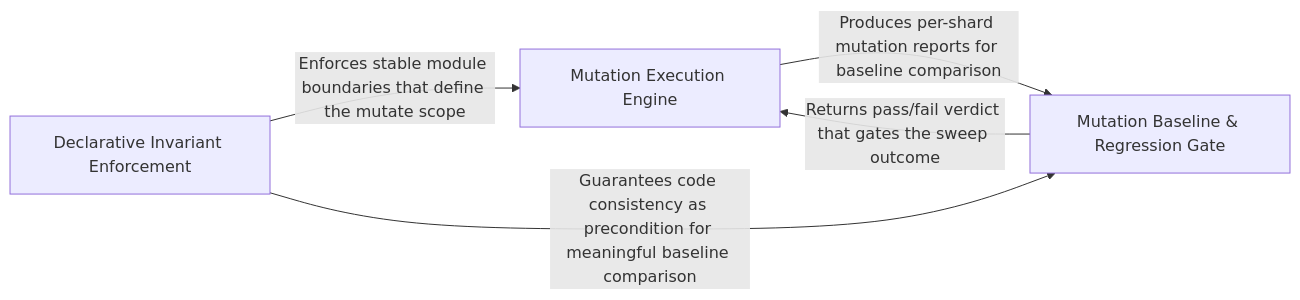
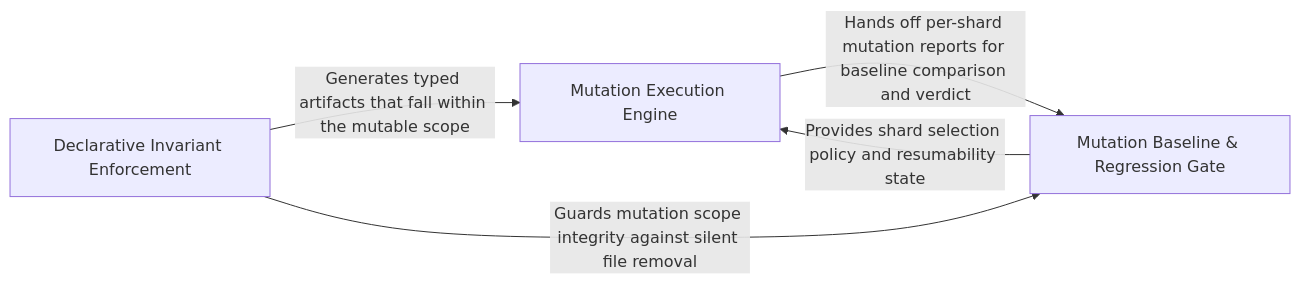
Before and after one commit to Guebbit/boilerplate-node-backend: the diagram in .2brain/arch/Build_Quality_Tooling.md, drawn with Mermaid. The commit also changed other lines of this file and 1102 other files, not shown here.

````diff
--- a/.2brain/arch/Build_Quality_Tooling.md
+++ b/.2brain/arch/Build_Quality_Tooling.md
@@ -10,10 +10,10 @@
 ```mermaid
 graph LR
     Mutation_Execution_Engine["Mutation Execution Engine"]
     Mutation_Baseline_Regression_Gate["Mutation Baseline & Regression Gate"]
     Declarative_Invariant_Enforcement["Declarative Invariant Enforcement"]
-    Mutation_Execution_Engine -- "Produces per-shard mutation reports for baseline comparison" --> Mutation_Baseline_Regression_Gate
-    Mutation_Baseline_Regression_Gate -- "Returns pass/fail verdict that gates the sweep outcome" --> Mutation_Execution_Engine
-    Declarative_Invariant_Enforcement -- "Enforces stable module boundaries that define the mutate scope" --> Mutation_Execution_Engine
-    Declarative_Invariant_Enforcement -- "Guarantees code consistency as precondition for meaningful baseline comparison" --> Mutation_Baseline_Regression_Gate
+    Mutation_Execution_Engine -- "Hands off per-shard mutation reports for baseline comparison and verdict" --> Mutation_Baseline_Regression_Gate
+    Mutation_Baseline_Regression_Gate -- "Provides shard selection policy and resumability state" --> Mutation_Execution_Engine
+    Declarative_Invariant_Enforcement -- "Generates typed artifacts that fall within the mutable scope" --> Mutation_Execution_Engine
+    Declarative_Invariant_Enforcement -- "Guards mutation scope integrity against silent file removal" --> Mutation_Baseline_Regression_Gate
 ```
````
